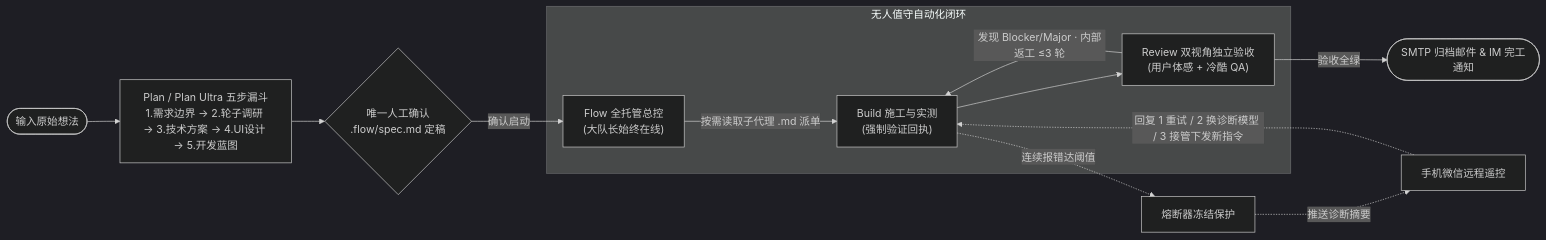
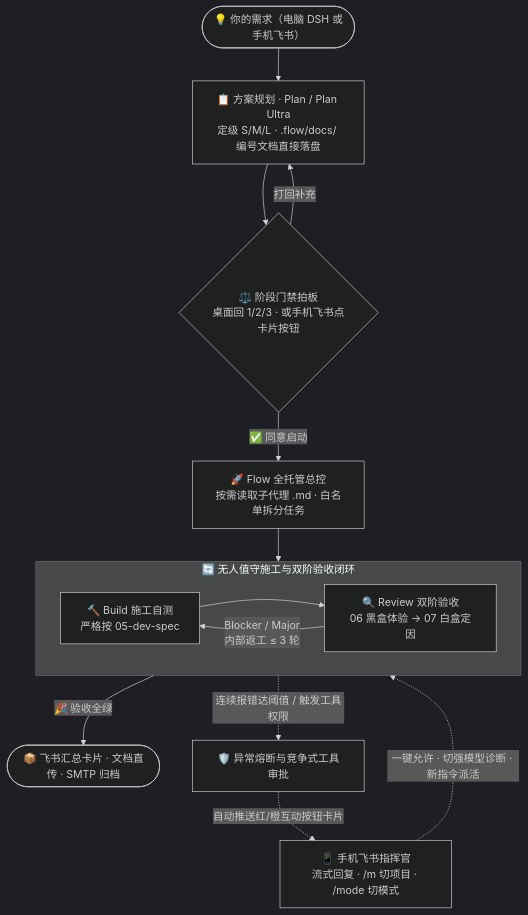
Before and after one commit to MeZenith/dsh-flow: the first of 2 diagrams in README.md, drawn with Mermaid (dark theme). The commit also changed other lines of this file and 133 other files, not shown here.

````diff
--- a/README.md
+++ b/README.md
@@ -120,15 +190,21 @@
 ```mermaid
-flowchart LR
-    U([输入原始想法]) --> P["Plan / Plan Ultra 五步漏斗<br/>1.需求边界 → 2.轮子调研 → 3.技术方案 → 4.UI设计 → 5.开发蓝图"]
-    P --> G{"唯一人工确认<br/>.flow/spec.md 定稿"}
-    G -->|确认启动| F["Flow 全托管总控<br/>(大队长始终在线)"]
-    subgraph AutoLoop ["无人值守自动化闭环"]
-        F -->|按需读取子代理 .md 派单| B["Build 施工与实测<br/>(强制验证回执)"]
-        B --> R["Review 双视角独立验收<br/>(用户体感 + 冷酷 QA)"]
-        R -->|"发现 Blocker/Major · 内部返工 ≤3 轮"| B
+flowchart TD
+    U(["💡 你的需求（电脑 DSH 或手机飞书）"]) --> P["📋 方案规划 · Plan / Plan Ultra<br/>定级 S/M/L · .flow/docs/ 编号文档直接落盘"]
+    P --> G{"⚖️ 阶段门禁拍板<br/>桌面回 1/2/3 · 或手机飞书点卡片按钮"}
+
+    G -->|"打回补充"| P
+    G -->|"✅ 同意启动"| F["🚀 Flow 全托管总控<br/>按需读取子代理 .md · 白名单拆分任务"]
+
+    subgraph Loop ["🔄 无人值守施工与双阶验收闭环"]
+        direction LR
+        B["🔨 Build 施工自测<br/>严格按 05-dev-spec"] --> R["🔍 Review 双阶验收<br/>06 黑盒体验 → 07 白盒定因"]
+        R -->|"Blocker / Major<br/>内部返工 ≤ 3 轮"| B
     end
-    R -->|验收全绿| D(["SMTP 归档邮件 & IM 完工通知"])
-    B -.->|连续报错达阈值| CB["熔断器冻结保护"]
-    CB -.->|推送诊断摘要| IM["手机微信远程遥控"]
-    IM -.->|"回复 1 重试 / 2 换诊断模型 / 3 接管下发新指令"| B
+
+    F --> B
+    R -->|"🎉 验收全绿"| DONE(["📦 飞书汇总卡片 · 文档直传 · SMTP 归档"])
+
+    B -.->|"连续报错达阈值 / 触发工具权限"| SAFE["🛡️ 异常熔断与竞争式工具审批"]
+    SAFE -.->|"自动推送红/橙互动按钮卡片"| MOBILE["📱 手机飞书指挥官<br/>流式回复 · /m 切项目 · /mode 切模式"]
+    MOBILE -.->|"一键允许 · 切强模型诊断 · 新指令派活"| B
 ```
````
